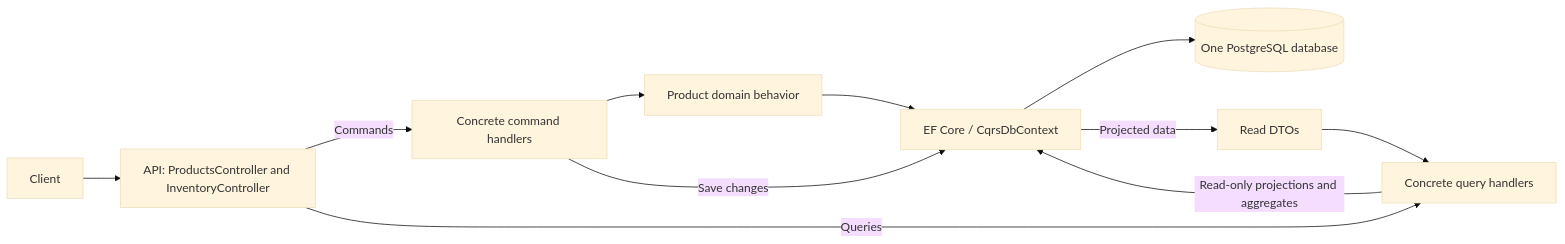
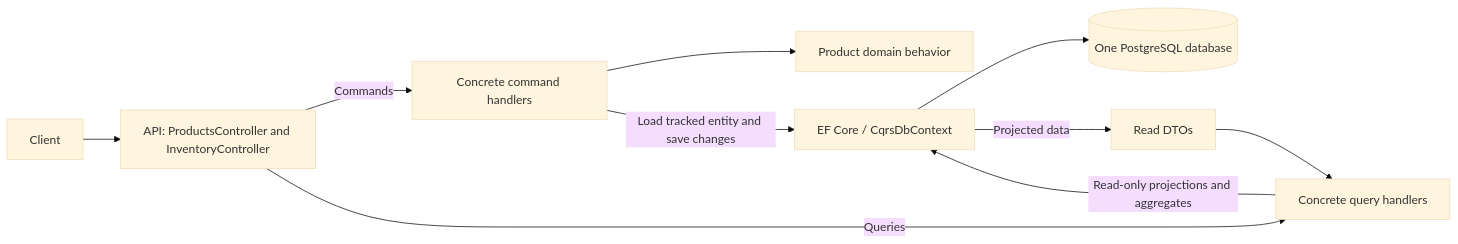
The first of 4 diagrams in 06-cqrs/README.md (Luqa1/Engineering-Playground), drawn with Mermaid (base theme) before and after one commit. The commit also changed other lines of this file and 2 other files, not shown here.

Commit message:
CQRS Separation verified

````diff
--- a/06-cqrs/README.md
+++ b/06-cqrs/README.md
@@ -89,13 +99,12 @@
 ```mermaid
 flowchart LR
     Client --> API[API: ProductsController and InventoryController]
     API -->|Commands| Commands[Concrete command handlers]
     API -->|Queries| Queries[Concrete query handlers]
     Commands --> Domain[Product domain behavior]
-    Domain --> EF[EF Core / CqrsDbContext]
-    Commands -->|Save changes| EF
+    Commands -->|Load tracked entity and save changes| EF[EF Core / CqrsDbContext]
     Queries -->|Read-only projections and aggregates| EF
     EF --> PostgreSQL[(One PostgreSQL database)]
     EF -->|Projected data| DTOs[Read DTOs]
     DTOs --> Queries
 ```
````
